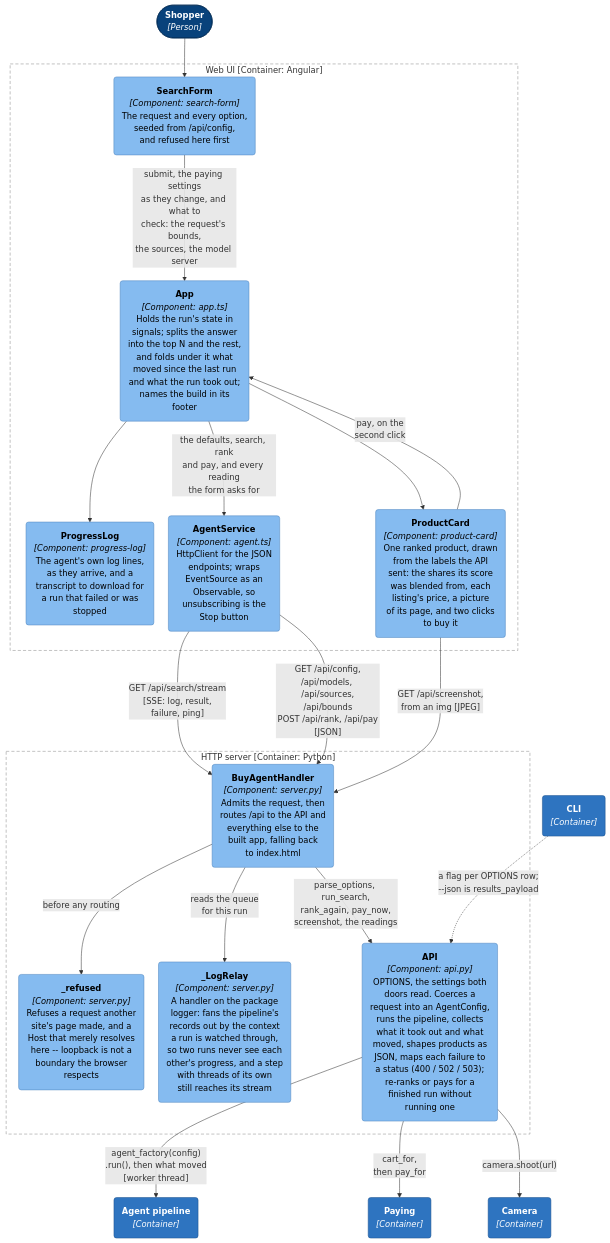
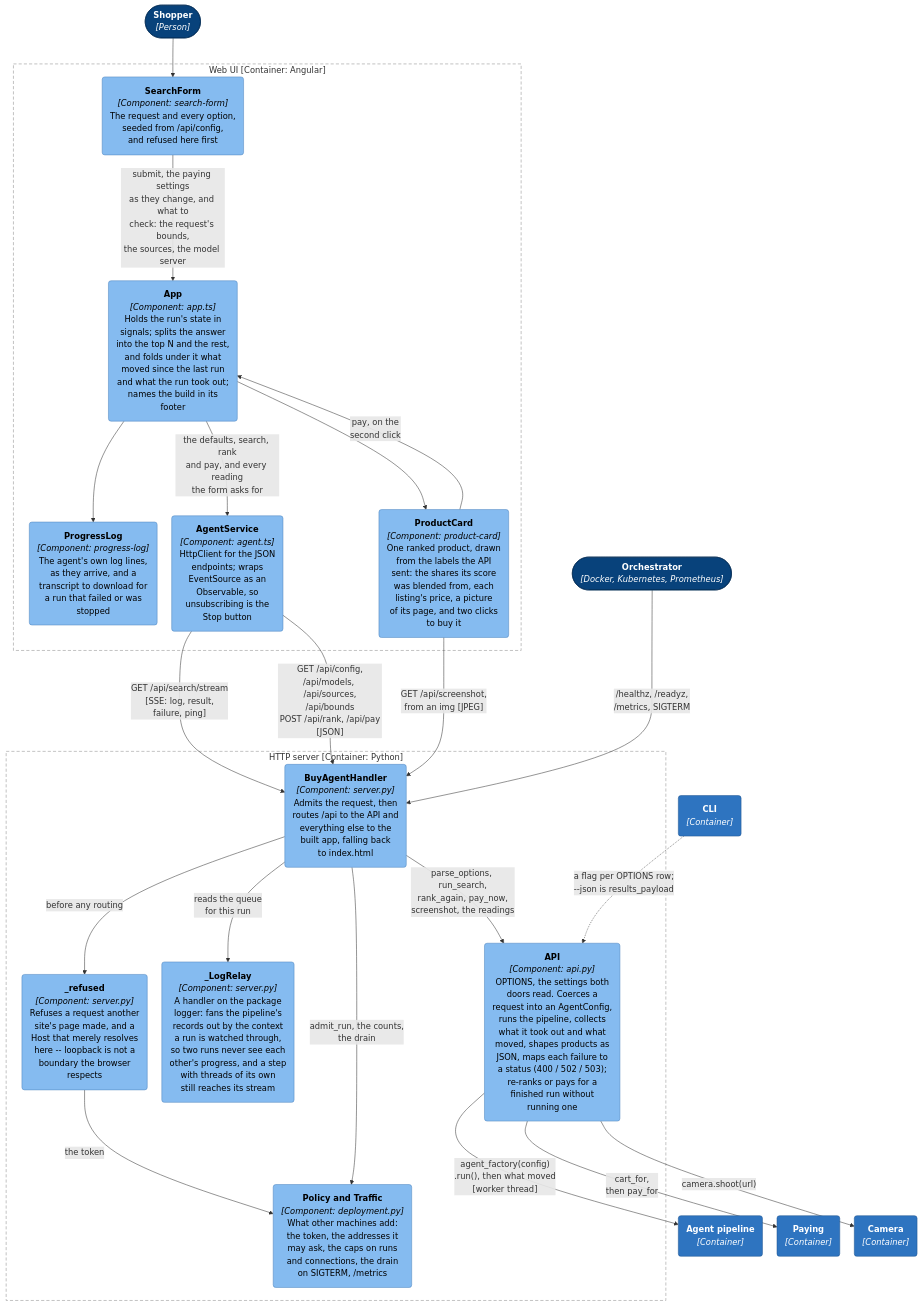
One commit to adamw7/buy_agent changed the ninth of 11 diagrams in docs/architecture.md. Above: the diagram before and after it, drawn with Mermaid. The commit also changed other lines of this file and 44 other files, not shown here.

````diff
--- a/docs/architecture.md
+++ b/docs/architecture.md
@@ -471,58 +471,63 @@
 ```mermaid
 ---
 config:
   flowchart:
     wrappingWidth: 400
     nodeSpacing: 28
     rankSpacing: 50
 ---
 graph TB
     browserUser(["<b>Shopper</b><br/><i>[Person]</i>"])
+    operator(["<b>Orchestrator</b><br/><i>[Docker, Kubernetes, Prometheus]</i>"])
 
     subgraph spa["Web UI [Container: Angular]"]
         form("<b>SearchForm</b><br/><i>[Component: search-form]</i><br/>The request and every option,<br/>seeded from /api/config,<br/>and refused here first")
         app("<b>App</b><br/><i>[Component: app.ts]</i><br/>Holds the run's state in<br/>signals; splits the answer<br/>into the top N and the rest,<br/>and folds under it what<br/>moved since the last run<br/>and what the run took out;<br/>names the build in its<br/>footer")
         log("<b>ProgressLog</b><br/><i>[Component: progress-log]</i><br/>The agent's own log lines,<br/>as they arrive, and a<br/>transcript to download for<br/>a run that failed or was<br/>stopped")
         card("<b>ProductCard</b><br/><i>[Component: product-card]</i><br/>One ranked product, drawn<br/>from the labels the API<br/>sent: the shares its score<br/>was blended from, each<br/>listing's price, a picture<br/>of its page, and two clicks<br/>to buy it")
         agentsvc("<b>AgentService</b><br/><i>[Component: agent.ts]</i><br/>HttpClient for the JSON<br/>endpoints; wraps<br/>EventSource as an<br/>Observable, so<br/>unsubscribing is the<br/>Stop button")
     end
 
     subgraph srv["HTTP server [Container: Python]"]
         handler("<b>BuyAgentHandler</b><br/><i>[Component: server.py]</i><br/>Admits the request, then<br/>routes /api to the API and<br/>everything else to the<br/>built app, falling back<br/>to index.html")
         guard("<b>_refused</b><br/><i>[Component: server.py]</i><br/>Refuses a request another<br/>site's page made, and a<br/>Host that merely resolves<br/>here -- loopback is not a<br/>boundary the browser<br/>respects")
         relay("<b>_LogRelay</b><br/><i>[Component: server.py]</i><br/>A handler on the package<br/>logger: fans the pipeline's<br/>records out by the context<br/>a run is watched through,<br/>so two runs never see each<br/>other's progress, and a step<br/>with threads of its own<br/>still reaches its stream")
+        deploy("<b>Policy and Traffic</b><br/><i>[Component: deployment.py]</i><br/>What other machines add:<br/>the token, the addresses it<br/>may ask, the caps on runs<br/>and connections, the drain<br/>on SIGTERM, /metrics")
         api("<b>API</b><br/><i>[Component: api.py]</i><br/>OPTIONS, the settings both<br/>doors read. Coerces a<br/>request into an AgentConfig,<br/>runs the pipeline, collects<br/>what it took out and what<br/>moved, shapes products as<br/>JSON, maps each failure to<br/>a status (400 / 502 / 503);<br/>re-ranks or pays for a<br/>finished run without<br/>running one")
     end
 
     cli("<b>CLI</b><br/><i>[Container]</i>")
     agentpipeline("<b>Agent pipeline</b><br/><i>[Container]</i>")
     paying("<b>Paying</b><br/><i>[Container]</i>")
     camera("<b>Camera</b><br/><i>[Container]</i>")
 
     browserUser --> form
     form -->|"submit, the paying settings<br/>as they change, and what to<br/>check: the request's bounds,<br/>the sources, the model server"| app
     app --> log
     app --> card
     card -->|"pay, on the<br/>second click"| app
     app -->|"the defaults, search, rank<br/>and pay, and every reading<br/>the form asks for"| agentsvc
     agentsvc -->|"GET /api/search/stream<br/>[SSE: log, result,<br/>failure, ping]"| handler
     agentsvc -->|"GET /api/config,<br/>/api/models, /api/sources,<br/>/api/bounds<br/>POST /api/rank, /api/pay<br/>[JSON]"| handler
     card -->|"GET /api/screenshot,<br/>from an img [JPEG]"| handler
 
     handler -->|"before any routing"| guard
+    guard -->|"the token"| deploy
+    handler -->|"admit_run, the counts,<br/>the drain"| deploy
+    operator -->|"/healthz, /readyz,<br/>/metrics, SIGTERM"| handler
     handler -->|"parse_options, run_search,<br/>rank_again, pay_now,<br/>screenshot, the readings"| api
     handler -->|"reads the queue<br/>for this run"| relay
     cli -.->|"a flag per OPTIONS row;<br/>--json is results_payload"| api
     api -->|"agent_factory(config)<br/>.run(), then what moved<br/>[worker thread]"| agentpipeline
     api -->|"cart_for,<br/>then pay_for"| paying
     api -->|"camera.shoot(url)"| camera
 
     classDef person fill:#08427b,stroke:#052e56,color:#fff
     classDef container fill:#2e74c0,stroke:#1d5390,color:#fff
     classDef component fill:#85bbf0,stroke:#4f86c0,color:#000
-    class browserUser person
+    class browserUser,operator person
     class cli,agentpipeline,paying,camera container
-    class app,form,log,card,agentsvc,handler,guard,relay,api component
+    class app,form,log,card,agentsvc,handler,guard,relay,deploy,api component
     style spa fill:none,stroke:#8c8c8c,stroke-width:1px,stroke-dasharray:6 4
     style srv fill:none,stroke:#8c8c8c,stroke-width:1px,stroke-dasharray:6 4
 ```
````
